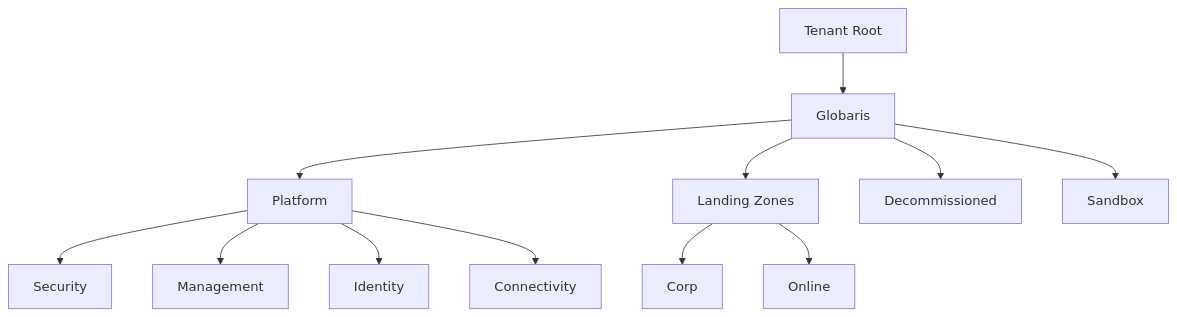
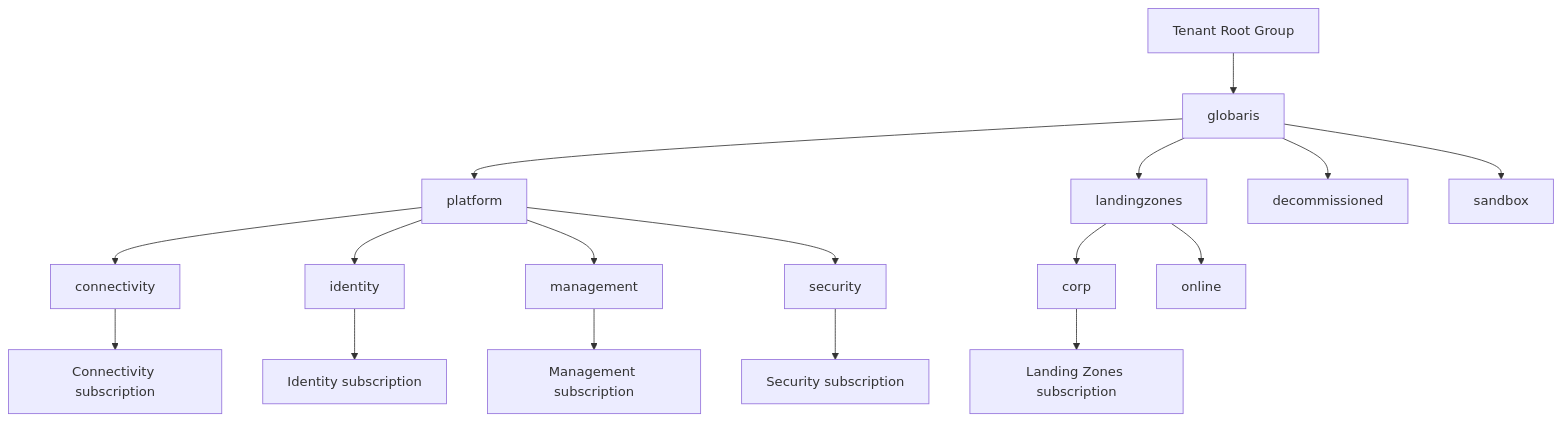
One commit to Globaris-Inc/Azure-Landing-Zone-Architecture changed the first of 4 diagrams in ARCHITECTURE.md. Above: the diagram before and after it, drawn with Mermaid. The commit also changed other lines of this file and 6 other files, not shown here.

Commit message:
Refine Azure landing zone architecture implementation

````diff
--- a/ARCHITECTURE.md
+++ b/ARCHITECTURE.md
@@ -12,15 +35,33 @@
 ```mermaid
-graph TD
-    TR[Tenant Root]
-    TR --> C[Globaris]
-    C --> P[Platform]
-    C --> LZ[Landing Zones]
-    C --> D[Decommissioned]
-    C --> SB[Sandbox]
-    P --> SEC[Security]
-    P --> MGMT[Management]
-    P --> ID[Identity]
-    P --> CONN[Connectivity]
-    LZ --> CORP[Corp]
-    LZ --> ONL[Online]
+flowchart TD
+    TR[Tenant Root Group]
+    G[globaris]
+    P[platform]
+    LZ[landingzones]
+    CON[connectivity]
+    ID[identity]
+    MGT[management]
+    SEC[security]
+    CORP[corp]
+    ONLINE[online]
+    DECOM[decommissioned]
+    SBX[sandbox]
+
+    TR --> G
+    G --> P
+    G --> LZ
+    G --> DECOM
+    G --> SBX
+    P --> CON
+    P --> ID
+    P --> MGT
+    P --> SEC
+    LZ --> CORP
+    LZ --> ONLINE
+
+    CON --> SCON[Connectivity subscription]
+    ID --> SID[Identity subscription]
+    MGT --> SMGT[Management subscription]
+    SEC --> SSEC[Security subscription]
+    CORP --> SLZ[Landing Zones subscription]
 ```
````
